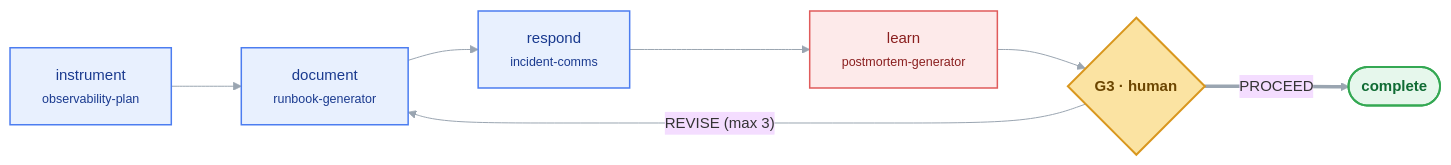
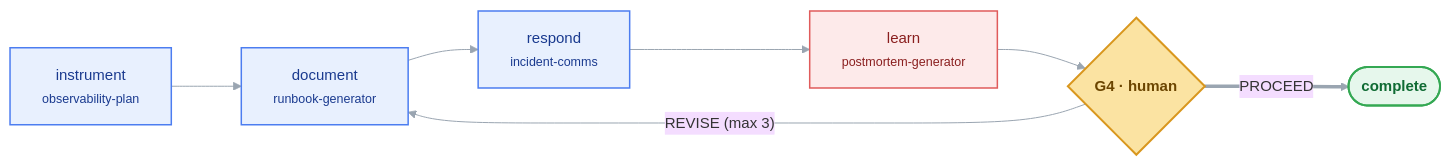
The diagram in docs/loops/operate.mmd (sananthanarayan/skilldrop), drawn with Mermaid before and after one commit. The commit also changed 67 other files, not shown here.

```diff
--- a/docs/loops/operate.mmd
+++ b/docs/loops/operate.mmd
@@ -1,21 +1,21 @@
 %%{init: {'theme':'base','themeVariables':{'fontFamily':'Segoe UI, Helvetica, Arial','fontSize':'15px','lineColor':'#9AA5B1'},'flowchart':{'curve':'basis','rankSpacing':70,'nodeSpacing':50,'padding':16}}}%%
 flowchart LR
     classDef gen    fill:#E8F0FE,stroke:#4C7DF0,stroke-width:1.5px,color:#1A3A8F;
     classDef review fill:#FDEAEA,stroke:#E05B5B,stroke-width:1.5px,color:#8A1F1F;
     classDef gate   fill:#FBE3A2,stroke:#D9971E,stroke-width:2px,color:#6B4500,font-weight:bold;
     classDef ship   fill:#E6F7EC,stroke:#34A853,stroke-width:2px,color:#0F6B33,font-weight:bold;
 
     instrument["instrument<br/><small>observability-plan</small>"]:::gen
     document["document<br/><small>runbook-generator</small>"]:::gen
     respond["respond<br/><small>incident-comms</small>"]:::gen
     learn["learn<br/><small>postmortem-generator</small>"]:::review
-    G3{"G3 · human"}:::gate
+    G4{"G4 · human"}:::gate
     DONE(["complete"]):::ship
 
     instrument --> document
     document --> respond
     respond --> learn
-    learn --> G3
-    G3 == "PROCEED" ==> DONE
+    learn --> G4
+    G4 == "PROCEED" ==> DONE
 
-    G3 -- "REVISE (max 3)" --> document
+    G4 -- "REVISE (max 3)" --> document
```
